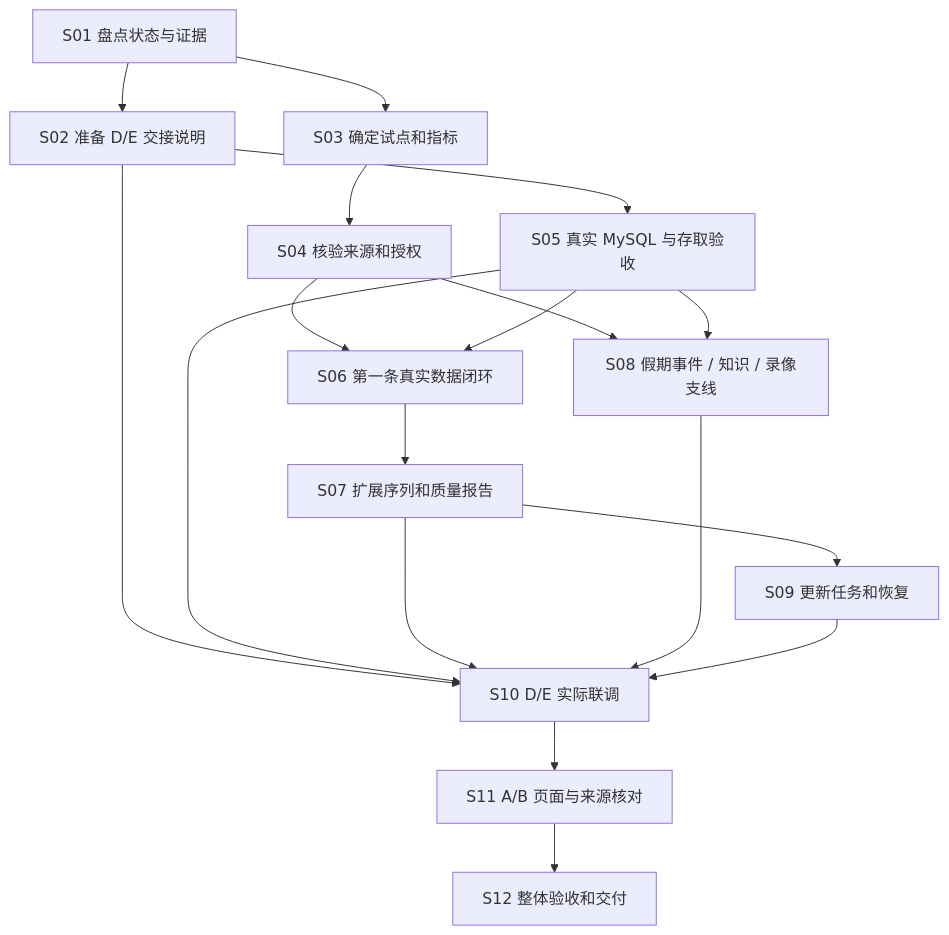
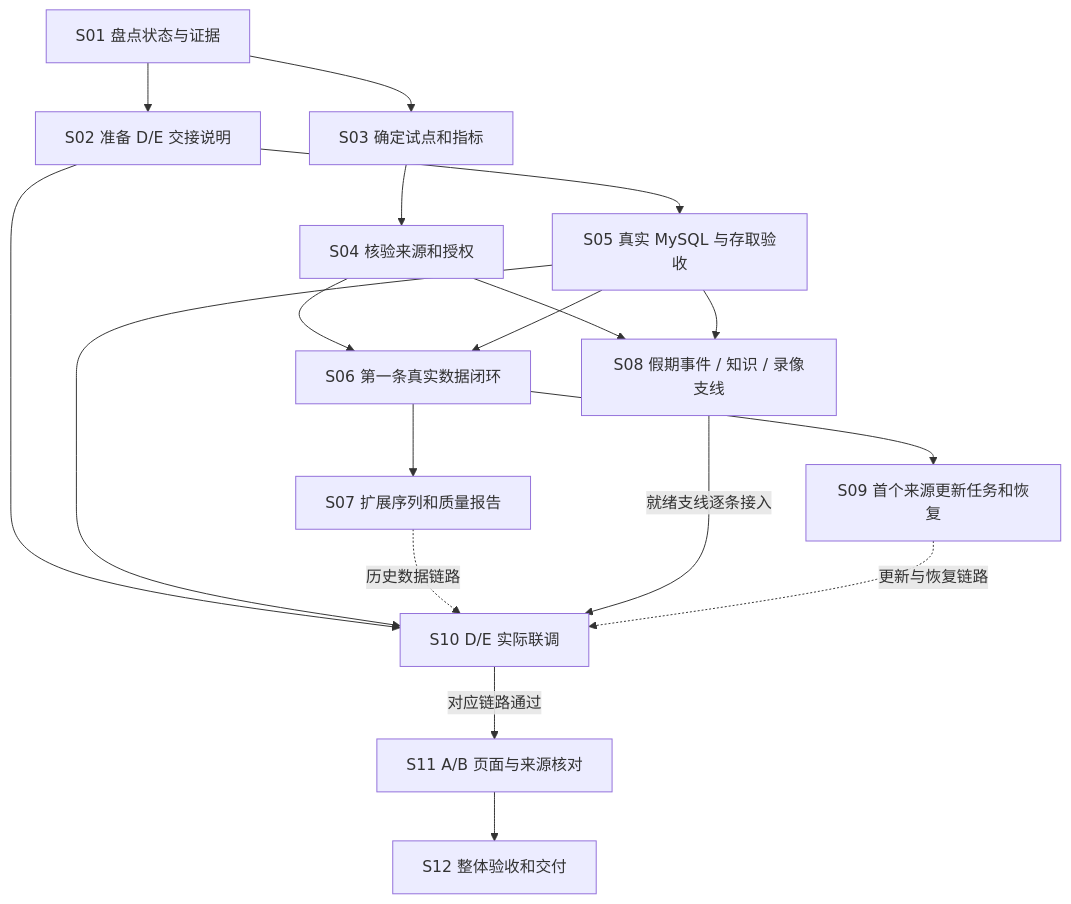
The first of 2 diagrams in 06-项目完成图总表.md (Hydr0genG/anhui-tourism-transport-visualization), drawn with Mermaid before and after one commit. The commit also changed other lines of this file and 470 other files, not shown here.

````diff
--- a/06-项目完成图总表.md
+++ b/06-项目完成图总表.md
@@ -9,20 +13,20 @@
 ```mermaid
 flowchart TD
     S01["S01 盘点状态与证据"] --> S02["S02 准备 D/E 交接说明"]
     S01 --> S03["S03 确定试点和指标"]
     S03 --> S04["S04 核验来源和授权"]
     S02 --> S05["S05 真实 MySQL 与存取验收"]
     S04 --> S06["S06 第一条真实数据闭环"]
     S05 --> S06
     S06 --> S07["S07 扩展序列和质量报告"]
     S04 --> S08["S08 假期事件 / 知识 / 录像支线"]
     S05 --> S08
-    S07 --> S09["S09 更新任务和恢复"]
+    S06 --> S09["S09 首个来源更新任务和恢复"]
     S02 --> S10["S10 D/E 实际联调"]
     S05 --> S10
-    S07 --> S10
-    S08 --> S10
-    S09 --> S10
-    S10 --> S11["S11 A/B 页面与来源核对"]
+    S07 -.->|历史数据链路| S10
+    S08 -->|就绪支线逐条接入| S10
+    S09 -.->|更新与恢复链路| S10
+    S10 -->|对应链路通过| S11["S11 A/B 页面与来源核对"]
     S11 --> S12["S12 整体验收和交付"]
 ```
````
